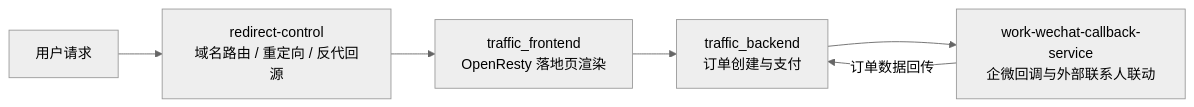
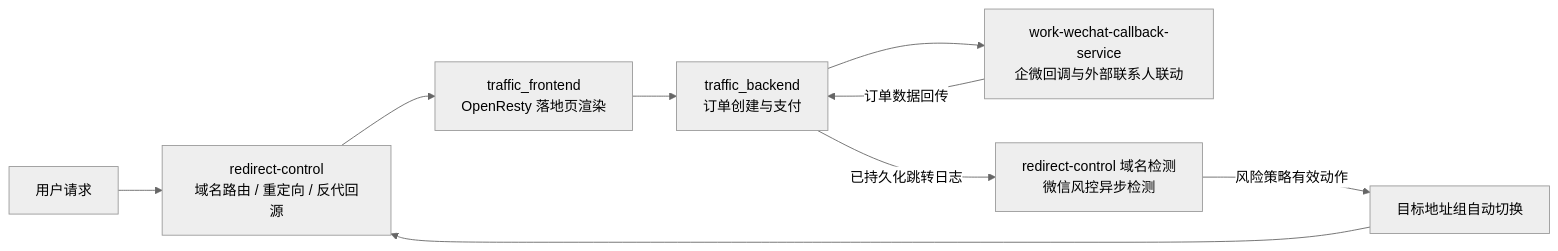
Before and after one commit to traffic-placement/.github: the diagram in profile/README.md, drawn with Mermaid (neutral theme). The commit also changed other lines of this file, not shown here.

````diff
--- a/profile/README.md
+++ b/profile/README.md
@@ -16,8 +24,11 @@
 ```mermaid
 flowchart LR
     A[用户请求] --> B[redirect-control<br/>域名路由 / 重定向 / 反代回源]
     B --> C[traffic_frontend<br/>OpenResty 落地页渲染]
     C --> D[traffic_backend<br/>订单创建与支付]
     D --> E[work-wechat-callback-service<br/>企微回调与外部联系人联动]
     E -- 订单数据回传 --> D
+    D -- 已持久化跳转日志 --> F[redirect-control 域名检测<br/>微信风控异步检测]
+    F -- 风险策略有效动作 --> G[目标地址组自动切换]
+    G --> B
 ```
````
